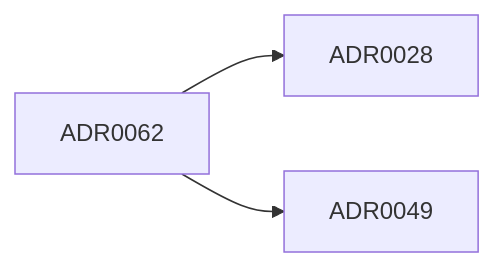
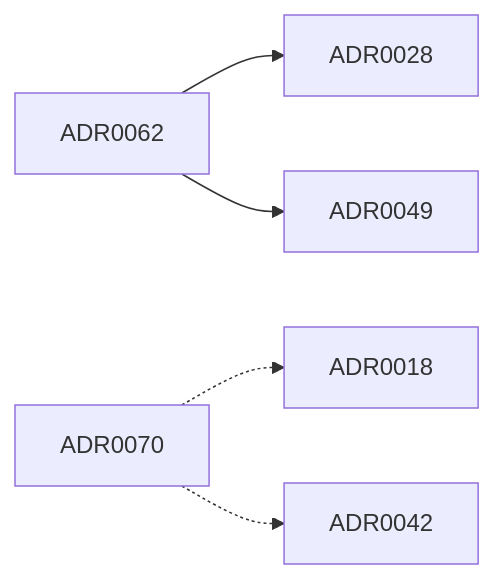
Before and after one commit to ctwoodwa/Sunfish: the diagram in docs/adrs/GRAPH.md, drawn with Mermaid. The commit also changed 4 other files, not shown here.

````diff
--- a/docs/adrs/GRAPH.md
+++ b/docs/adrs/GRAPH.md
@@ -10,5 +10,7 @@
 ```mermaid
 graph LR
   ADR0062 --> ADR0028
   ADR0062 --> ADR0049
+  ADR0070 -.-> ADR0018
+  ADR0070 -.-> ADR0042
 ```
````
